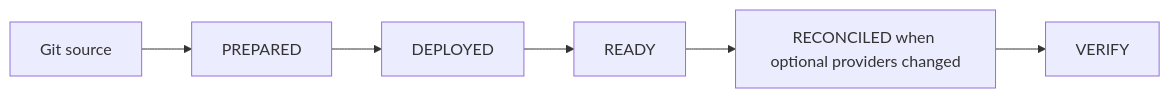
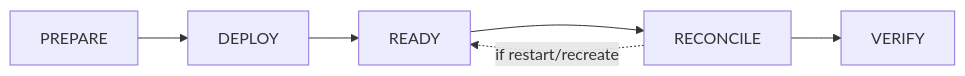
Before and after one commit to ea1het/local_hybrid_ai: the second of 2 diagrams in README.md, drawn with Mermaid. The commit also changed other lines of this file and 11 other files, not shown here.

Commit message:
Simplify canonical documentation with Mermaid architecture

````diff
--- a/README.md
+++ b/README.md
@@ -36,8 +30,5 @@
 ```mermaid
 flowchart LR
-  SRC[Git source] --> PREP[PREPARED]
-  PREP --> DEP[DEPLOYED]
-  DEP --> READY[READY]
-  READY --> REC[RECONCILED when optional providers changed]
-  REC --> VER[VERIFY]
+    P[PREPARE] --> D[DEPLOY] --> R[READY] --> C[RECONCILE] --> V[VERIFY]
+    C -. if restart/recreate .-> R
 ```
````
